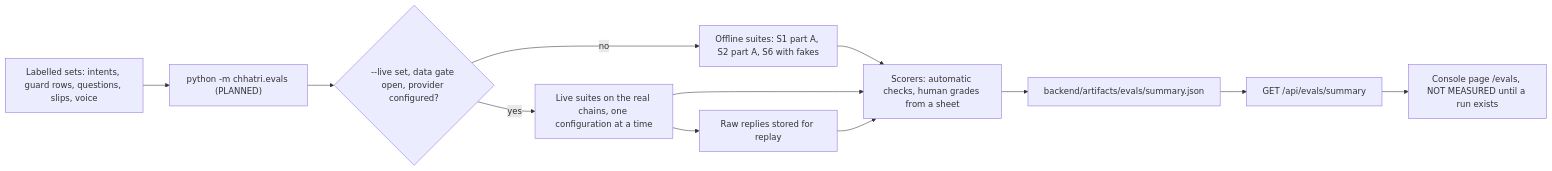
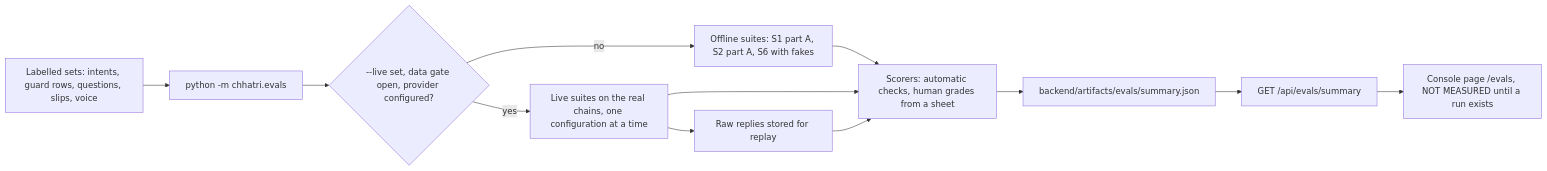
Before and after one commit to UjjwalPardeshi/Chhatri: the diagram in docs/04-engineering/ai-evaluation-plan.md, drawn with Mermaid. The commit also changed other lines of this file and 34 other files, not shown here.

````diff
--- a/docs/04-engineering/ai-evaluation-plan.md
+++ b/docs/04-engineering/ai-evaluation-plan.md
@@ -285,14 +297,14 @@
 ```mermaid
 flowchart LR
-  Sets["Labelled sets: intents, guard rows, questions, slips, voice"] --> Runner["python -m chhatri.evals (PLANNED)"]
+  Sets["Labelled sets: intents, guard rows, questions, slips, voice"] --> Runner["python -m chhatri.evals"]
   Runner --> Gate{"--live set, data gate open, provider configured?"}
   Gate -->|"no"| Off["Offline suites: S1 part A, S2 part A, S6 with fakes"]
   Gate -->|"yes"| Live["Live suites on the real chains, one configuration at a time"]
   Live --> Cache["Raw replies stored for replay"]
   Off --> Score["Scorers: automatic checks, human grades from a sheet"]
   Live --> Score
   Cache --> Score
   Score --> File["backend/artifacts/evals/summary.json"]
   File --> Api["GET /api/evals/summary"]
   Api --> Page["Console page /evals, NOT MEASURED until a run exists"]
 ```
````
